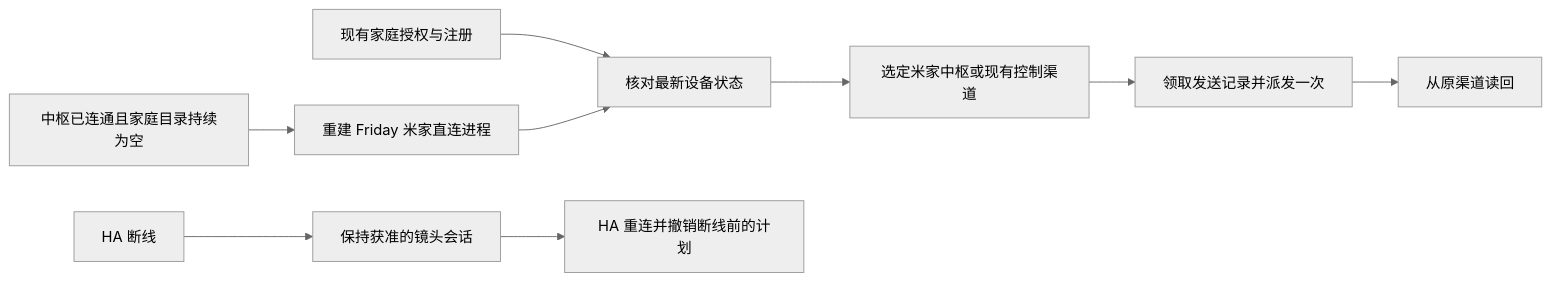
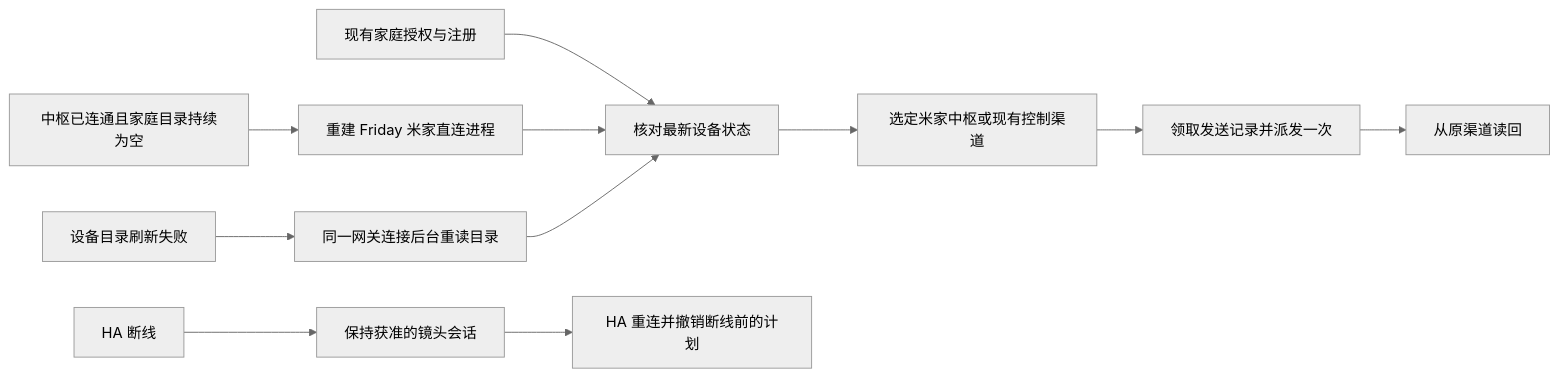
Before and after one commit to Geeprox/Friday: the third of 38 diagrams in docs/architecture.md, drawn with Mermaid (neutral theme). The commit also changed other lines of this file and 5 other files, not shown here.

````diff
--- a/docs/architecture.md
+++ b/docs/architecture.md
@@ -91,11 +94,13 @@
 ```mermaid
 flowchart LR
   A[现有家庭授权与注册] --> B[核对最新设备状态]
   B --> C[选定米家中枢或现有控制渠道]
   C --> D[领取发送记录并派发一次]
   D --> E[从原渠道读回]
   F[HA 断线] --> G[保持获准的镜头会话]
   G --> H[HA 重连并撤销断线前的计划]
   I[中枢已连通且家庭目录持续为空] --> J[重建 Friday 米家直连进程]
   J --> B
+  K[设备目录刷新失败] --> L[同一网关连接后台重读目录]
+  L --> B
 ```
````
